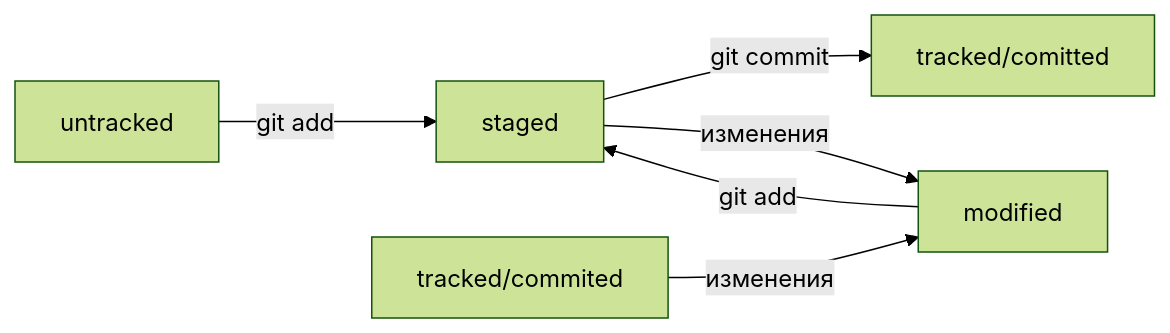
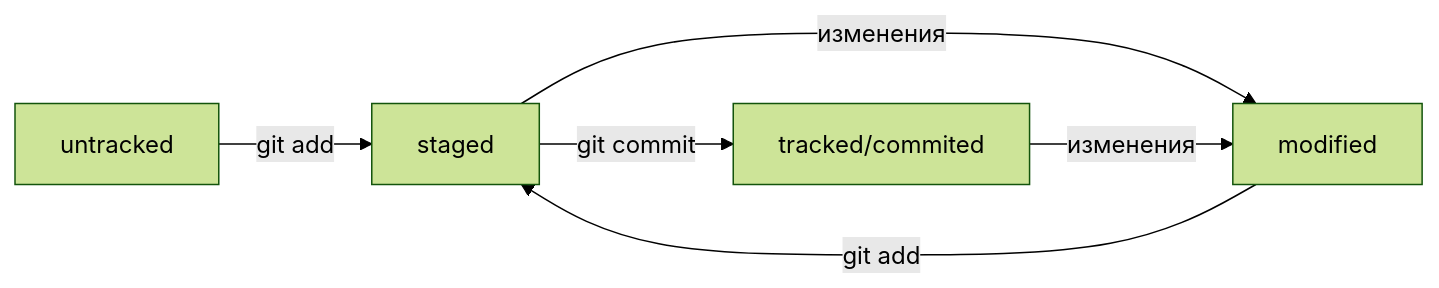
One commit to mezen74/git-learning changed the diagram in README.md. Above: the diagram before and after it, drawn with Mermaid (forest theme).

Commit message:
Исправлена опечатка в схеме статусов файлов

````diff
--- a/README.md
+++ b/README.md
@@ -53,9 +53,9 @@
 ```mermaid
 %% Схема статусов файлов в Git
 graph LR;
   untracked -- "git add" --> staged;
   modified  -- "git add" --> staged;
-  staged    -- "git commit" --> tracked/comitted;
+  staged    -- "git commit" --> tracked/commited;
   staged    -- "изменения" --> modified;
   tracked/commited   -- "изменения" --> modified;
 ``` 
````
